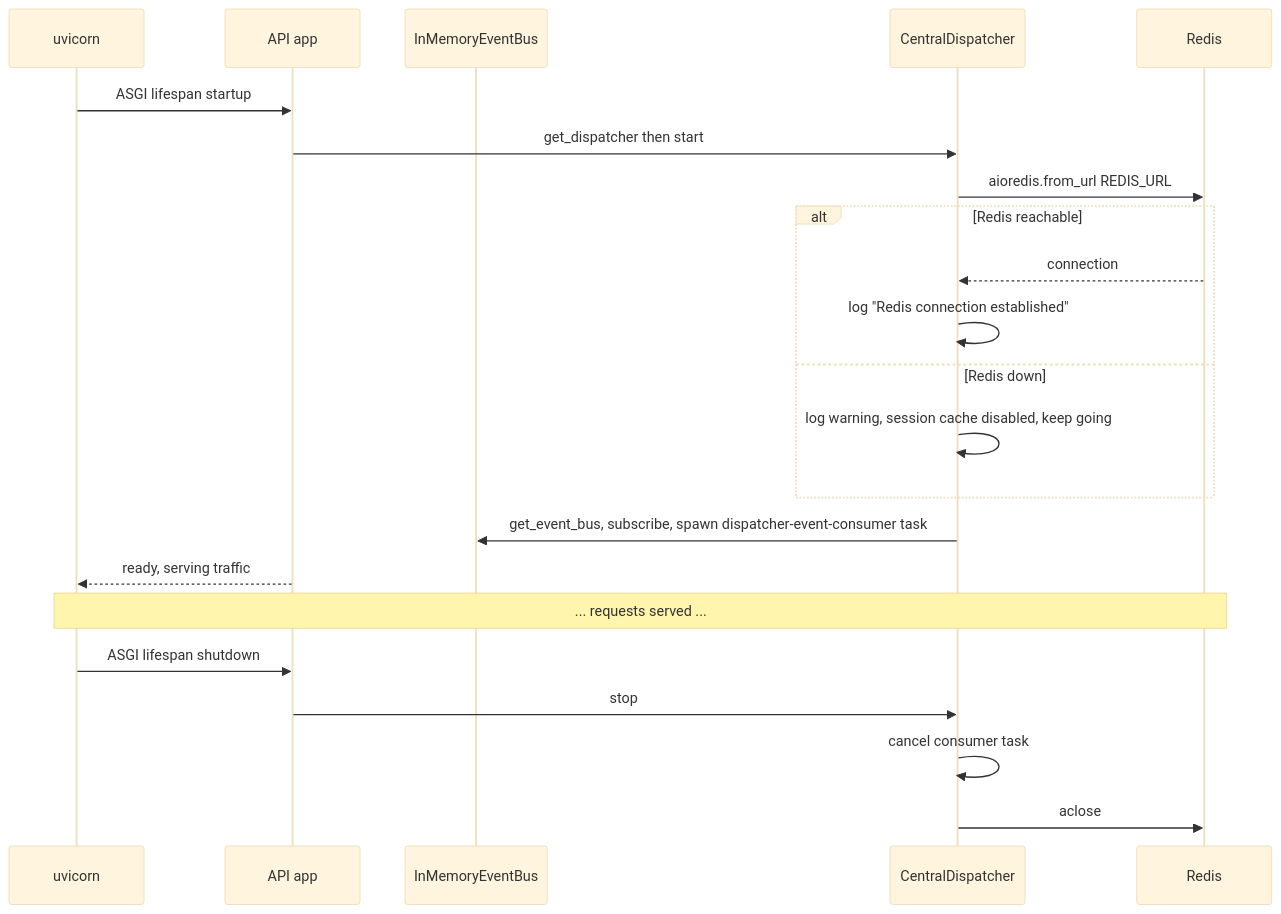
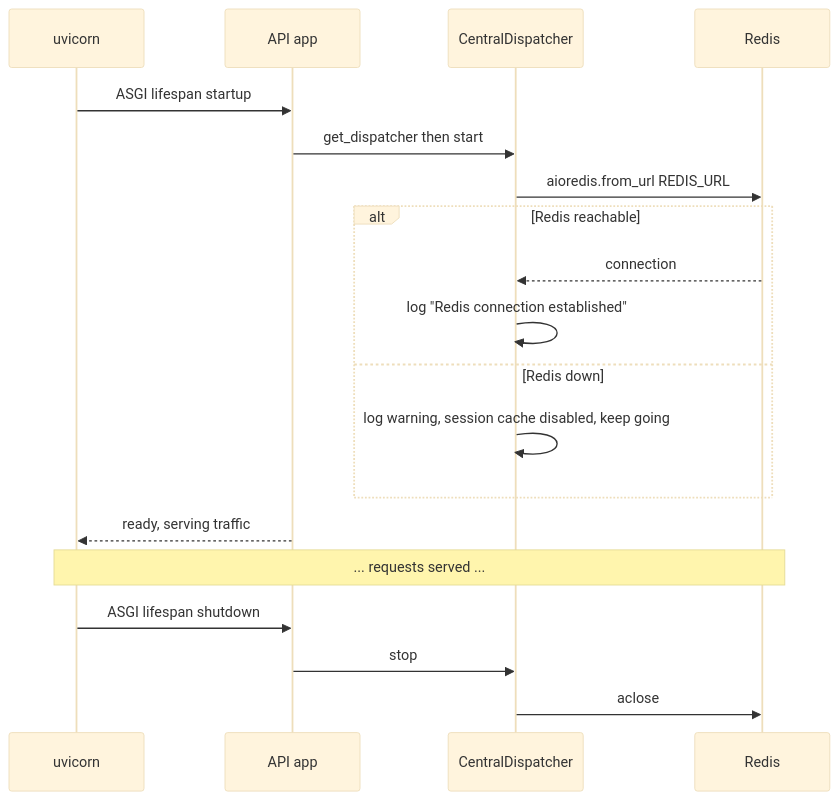
Before and after one commit to gondolerahul/hire-buddha-app: the second of 20 diagrams in docs/current/13-gateway-and-realtime.md, drawn with Mermaid (base theme). The commit also changed other lines of this file and 15 other files, not shown here.

````diff
--- a/docs/current/13-gateway-and-realtime.md
+++ b/docs/current/13-gateway-and-realtime.md
@@ -182,27 +183,24 @@
 ```mermaid
 sequenceDiagram
     participant U as uvicorn
     participant A as API app
-    participant B as InMemoryEventBus
     participant D as CentralDispatcher
     participant R as Redis
 
     U->>A: ASGI lifespan startup
     A->>D: get_dispatcher then start
     D->>R: aioredis.from_url REDIS_URL
     alt Redis reachable
         R-->>D: connection
         D->>D: log "Redis connection established"
     else Redis down
         D->>D: log warning, session cache disabled, keep going
     end
-    D->>B: get_event_bus, subscribe, spawn dispatcher-event-consumer task
     A-->>U: ready, serving traffic
 
     Note over U,R: ... requests served ...
 
     U->>A: ASGI lifespan shutdown
     A->>D: stop
-    D->>D: cancel consumer task
     D->>R: aclose
 ```
````
